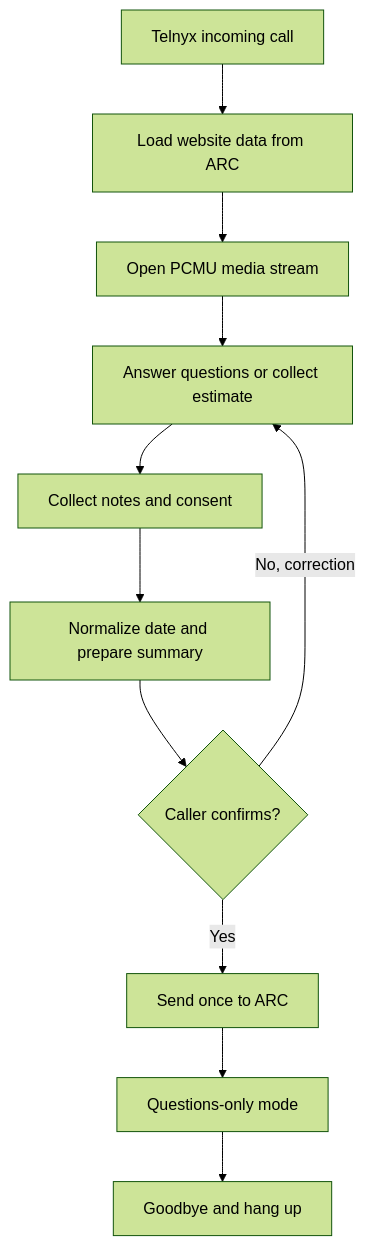
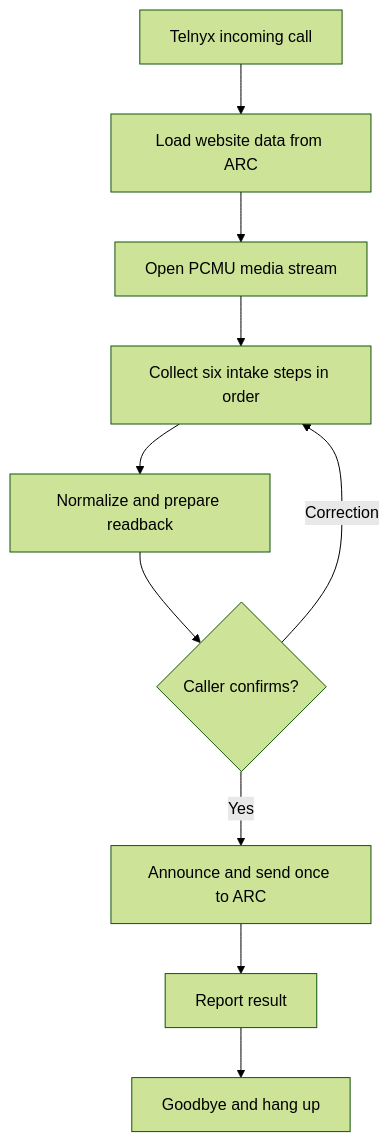
Before and after one commit to christensenandrew455-cell/tabor-painting-receptionist: the diagram in README.md, drawn with Mermaid (forest theme). The commit also changed other lines of this file and 13 other files, not shown here.

Commit message:
Rebuild AI receptionist call flow

````diff
--- a/README.md
+++ b/README.md
@@ -44,13 +53,12 @@
 ```mermaid
 flowchart TD
     A[Telnyx incoming call] --> B[Load website data from ARC]
     B --> C[Open PCMU media stream]
-    C --> D[Answer questions or collect estimate]
-    D --> E[Collect notes and consent]
-    E --> J[Normalize date and prepare summary]
-    J --> F{Caller confirms?}
-    F -- No, correction --> D
-    F -- Yes --> G[Send once to ARC]
-    G --> H[Questions-only mode]
+    C --> D[Collect six intake steps in order]
+    D --> E[Normalize and prepare readback]
+    E --> F{Caller confirms?}
+    F -- Correction --> D
+    F -- Yes --> G[Announce and send once to ARC]
+    G --> H[Report result]
     H --> I[Goodbye and hang up]
 ```
````
